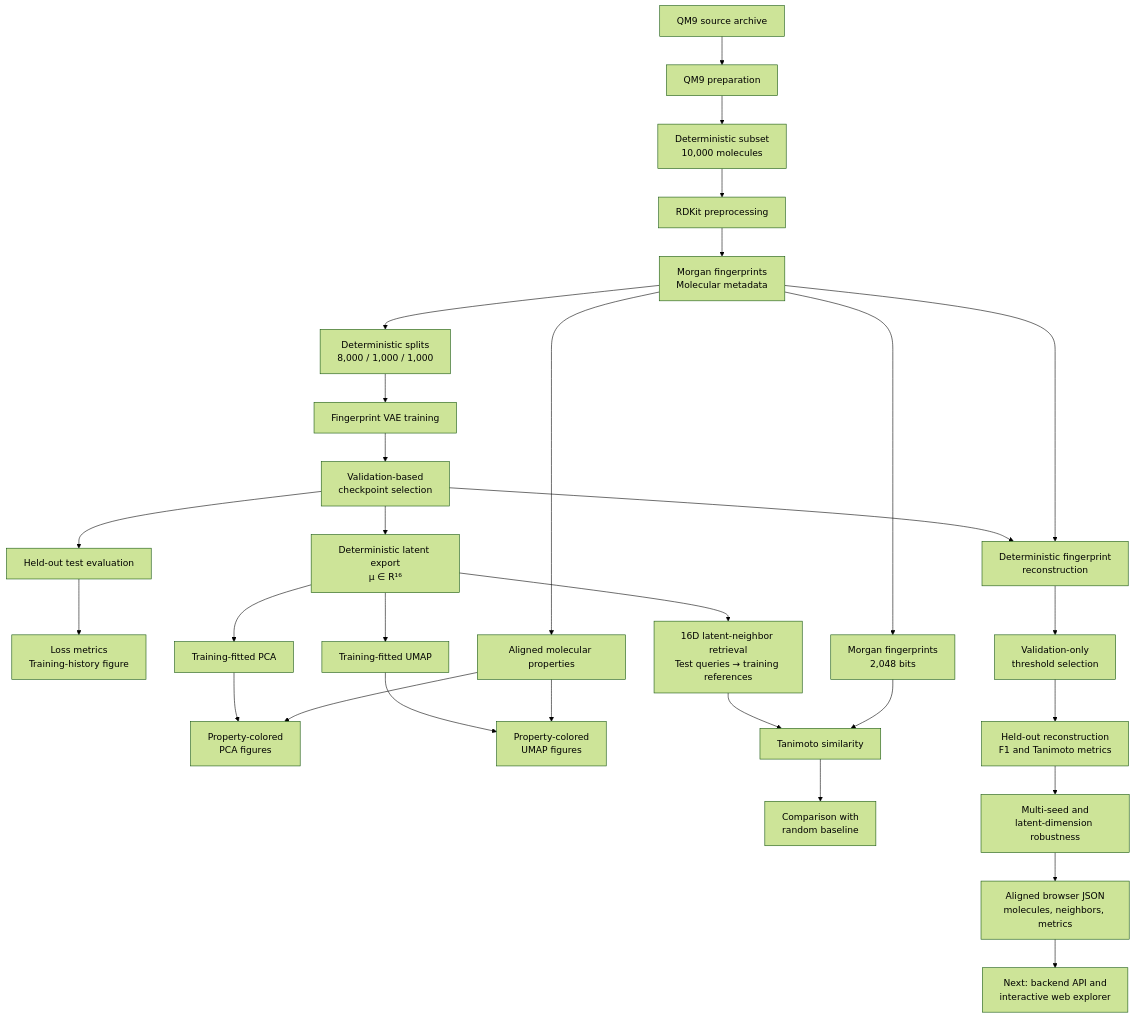
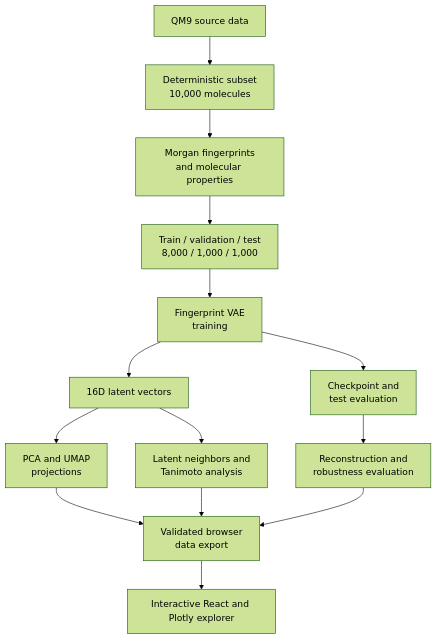
One commit to rizonehyseni/Latent-Space-Explorer changed the diagram in docs/ARCHITECTURE.md. Above: the diagram before and after it, drawn with Mermaid (forest theme). The commit also changed other lines of this file, not shown here.

Commit message:
docs: simplify architecture diagram

````diff
--- a/docs/ARCHITECTURE.md
+++ b/docs/ARCHITECTURE.md
@@ -11,37 +11,20 @@
 ```mermaid
 flowchart TD
-    A["QM9 source archive"] --> B["QM9 preparation"]
-    B --> C["Deterministic subset<br/>10,000 molecules"]
-    C --> D["RDKit preprocessing"]
-    D --> E["Morgan fingerprints<br/>Molecular metadata"]
-    E --> F["Deterministic splits<br/>8,000 / 1,000 / 1,000"]
+    A["QM9 source data"] --> B["Deterministic subset<br/>10,000 molecules"]
+    B --> C["Morgan fingerprints<br/>and molecular properties"]
+    C --> D["Train / validation / test<br/>8,000 / 1,000 / 1,000"]
 
-    F --> G["Fingerprint VAE training"]
-    G --> H["Validation-based<br/>checkpoint selection"]
-    H --> I["Held-out test evaluation"]
-    I --> J["Loss metrics<br/>Training-history figure"]
+    D --> E["Fingerprint VAE<br/>training"]
+    E --> F["Checkpoint and<br/>test evaluation"]
+    E --> G["16D latent vectors"]
 
-    H --> K["Deterministic latent export<br/>μ ∈ R¹⁶"]
-    K --> L["Training-fitted PCA"]
-    K --> M["Training-fitted UMAP"]
+    G --> H["PCA and UMAP<br/>projections"]
+    G --> I["Latent neighbors and<br/>Tanimoto analysis"]
+    F --> J["Reconstruction and<br/>robustness evaluation"]
 
-    E --> N["Aligned molecular properties"]
-    L --> O["Property-colored<br/>PCA figures"]
-    M --> P["Property-colored<br/>UMAP figures"]
-    N --> O
-    N --> P
+    H --> K["Validated browser<br/>data export"]
+    I --> K
+    J --> K
 
-    K --> Q["16D latent-neighbor retrieval<br/>Test queries → training references"]
-    E --> R["Morgan fingerprints<br/>2,048 bits"]
-    Q --> S["Tanimoto similarity"]
-    R --> S
-    S --> T["Comparison with<br/>random baseline"]
-
-    H --> U["Deterministic fingerprint<br/>reconstruction"]
-    E --> U
-    U --> V["Validation-only<br/>threshold selection"]
-    V --> W["Held-out reconstruction<br/>F1 and Tanimoto metrics"]
-    W --> X["Multi-seed and<br/>latent-dimension robustness"]
-    X --> Y["Aligned browser JSON<br/>molecules, neighbors, metrics"]
-    Y --> Z["Next: backend API and<br/>interactive web explorer"]  
+    K --> L["Interactive React and Plotly explorer"]
 ```
````
